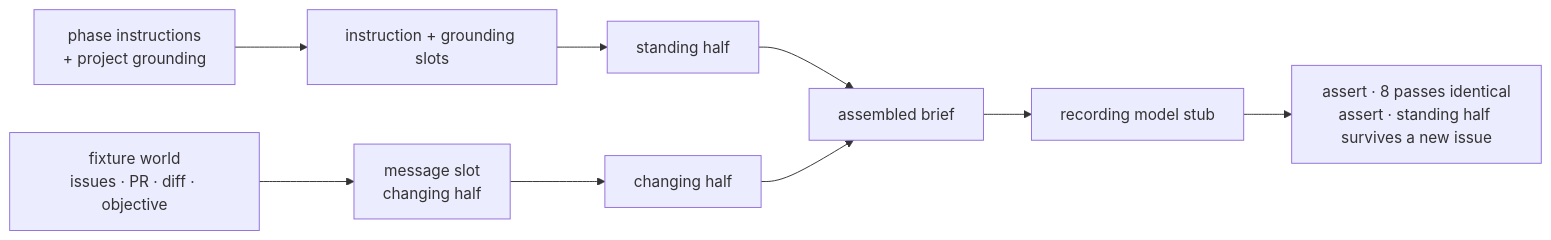
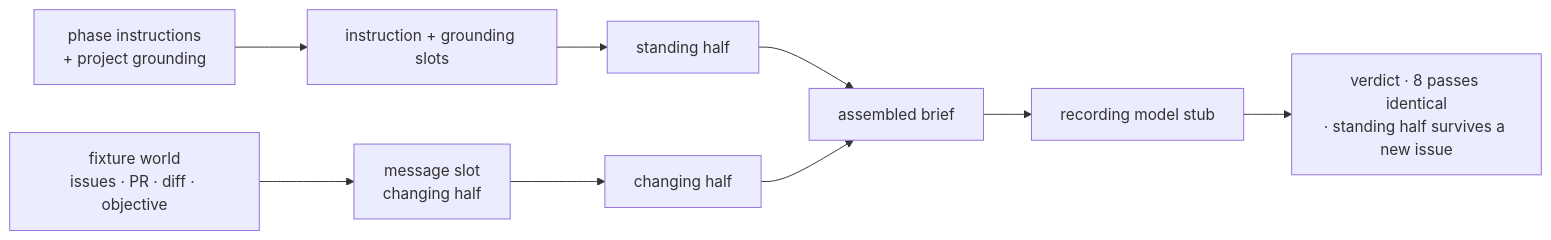
Before and after one commit to fixpoint-labs/flow-state-dev: the diagram in spec/LAB-136.md, drawn with Mermaid. The commit also changed other lines of this file, not shown here.

````diff
--- a/spec/LAB-136.md
+++ b/spec/LAB-136.md
@@ -157,11 +171,11 @@
 ```mermaid
 flowchart LR
   F[fixture world<br/>issues · PR · diff · objective] --> U[message slot<br/>changing half]
   G[phase instructions<br/>+ project grounding] --> P[instruction + grounding slots]
   P --> S[standing half]
   U --> T[changing half]
   S --> M[assembled brief]
   T --> M
   M --> R[recording model stub]
-  R --> A[assert · 8 passes identical<br/>assert · standing half survives a new issue]
+  R --> A[verdict · 8 passes identical<br/>· standing half survives a new issue]
 ```
````
